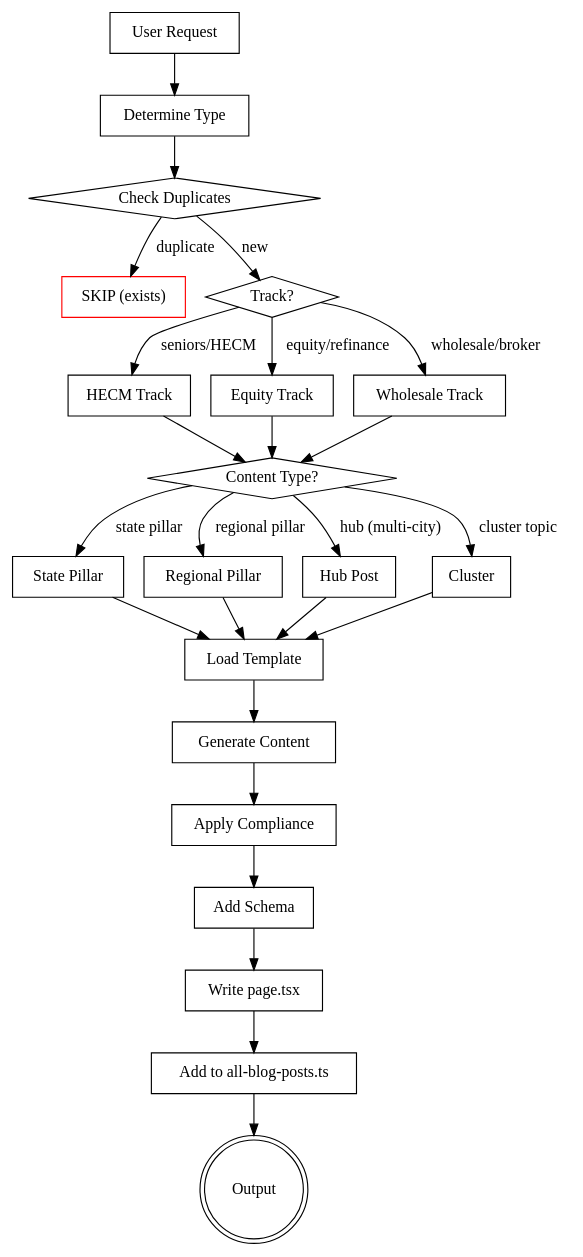
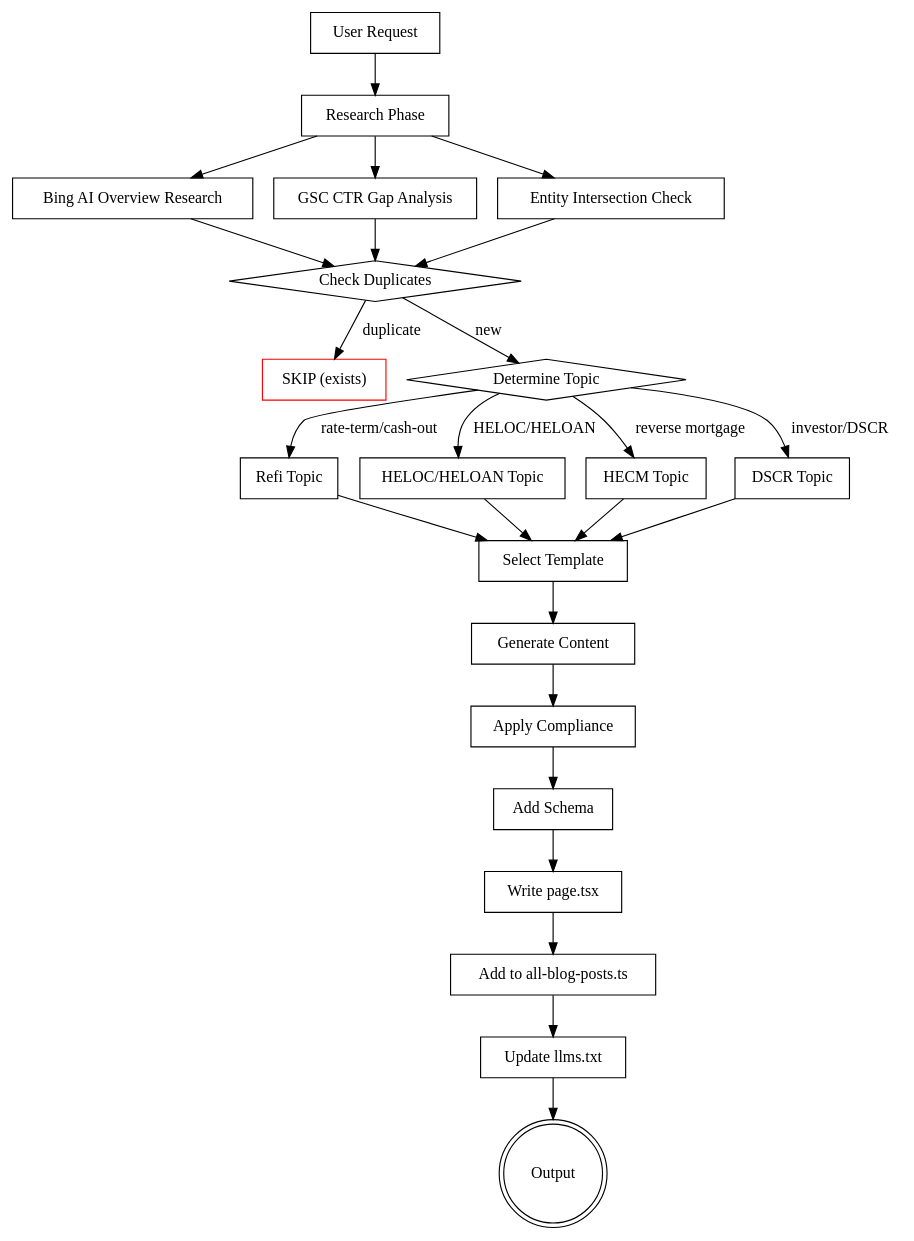
Before and after one commit to MoAbdel/brokersiteupdate: the first of 2 diagrams in .claude/skills/equity-hecm-blog-generator/SKILL.md, drawn with Graphviz. The commit also changed other lines of this file and 322 other files, not shown here.

````diff
--- a/.claude/skills/equity-hecm-blog-generator/SKILL.md
+++ b/.claude/skills/equity-hecm-blog-generator/SKILL.md
@@ -50,50 +54,50 @@
 ```dot
 digraph generation_flow {
     rankdir=TB;
     "User Request" [shape=box];
-    "Determine Type" [shape=box];
+    "Research Phase" [shape=box];
+    "Bing AI Overview Research" [shape=box];
+    "GSC CTR Gap Analysis" [shape=box];
+    "Entity Intersection Check" [shape=box];
     "Check Duplicates" [shape=diamond];
     "SKIP (exists)" [shape=box, color=red];
-    "Track?" [shape=diamond];
-    "Content Type?" [shape=diamond];
-    "HECM Track" [shape=box];
-    "Equity Track" [shape=box];
-    "Wholesale Track" [shape=box];
-    "State Pillar" [shape=box];
-    "Regional Pillar" [shape=box];
-    "Hub Post" [shape=box];
-    "Cluster" [shape=box];
-    "Load Template" [shape=box];
+    "Determine Topic" [shape=diamond];
+    "Refi Topic" [shape=box];
+    "HELOC/HELOAN Topic" [shape=box];
+    "HECM Topic" [shape=box];
+    "DSCR Topic" [shape=box];
+    "Select Template" [shape=box];
     "Generate Content" [shape=box];
     "Apply Compliance" [shape=box];
     "Add Schema" [shape=box];
     "Write page.tsx" [shape=box];
     "Add to all-blog-posts.ts" [shape=box];
+    "Update llms.txt" [shape=box];
     "Output" [shape=doublecircle];
 
-    "User Request" -> "Determine Type";
-    "Determine Type" -> "Check Duplicates";
+    "User Request" -> "Research Phase";
+    "Research Phase" -> "Bing AI Overview Research";
+    "Research Phase" -> "GSC CTR Gap Analysis";
+    "Research Phase" -> "Entity Intersection Check";
+    "Bing AI Overview Research" -> "Check Duplicates";
+    "GSC CTR Gap Analysis" -> "Check Duplicates";
+    "Entity Intersection Check" -> "Check Duplicates";
     "Check Duplicates" -> "SKIP (exists)" [label="duplicate"];
-    "Check Duplicates" -> "Track?" [label="new"];
-    "Track?" -> "HECM Track" [label="seniors/HECM"];
-    "Track?" -> "Equity Track" [label="equity/refinance"];
-    "Track?" -> "Wholesale Track" [label="wholesale/broker"];
-    "HECM Track" -> "Content Type?";
-    "Equity Track" -> "Content Type?";
-    "Wholesale Track" -> "Content Type?";
-    "Content Type?" -> "State Pillar" [label="state pillar"];
-    "Content Type?" -> "Regional Pillar" [label="regional pillar"];
-    "Content Type?" -> "Hub Post" [label="hub (multi-city)"];
-    "Content Type?" -> "Cluster" [label="cluster topic"];
-    "State Pillar" -> "Load Template";
-    "Regional Pillar" -> "Load Template";
-    "Hub Post" -> "Load Template";
-    "Cluster" -> "Load Template";
-    "Load Template" -> "Generate Content";
+    "Check Duplicates" -> "Determine Topic" [label="new"];
+    "Determine Topic" -> "Refi Topic" [label="rate-term/cash-out"];
+    "Determine Topic" -> "HELOC/HELOAN Topic" [label="HELOC/HELOAN"];
+    "Determine Topic" -> "HECM Topic" [label="reverse mortgage"];
+    "Determine Topic" -> "DSCR Topic" [label="investor/DSCR"];
+    "Refi Topic" -> "Select Template";
+    "HELOC/HELOAN Topic" -> "Select Template";
+    "HECM Topic" -> "Select Template";
+    "DSCR Topic" -> "Select Template";
+    "Select Template" -> "Generate Content";
     "Generate Content" -> "Apply Compliance";
     "Apply Compliance" -> "Add Schema";
     "Add Schema" -> "Write page.tsx";
     "Write page.tsx" -> "Add to all-blog-posts.ts";
-    "Add to all-blog-posts.ts" -> "Output";
+    "Add to all-blog-posts.ts" -> "Update llms.txt";
+    "Update llms.txt" -> "Output";
 }
 ```
````
